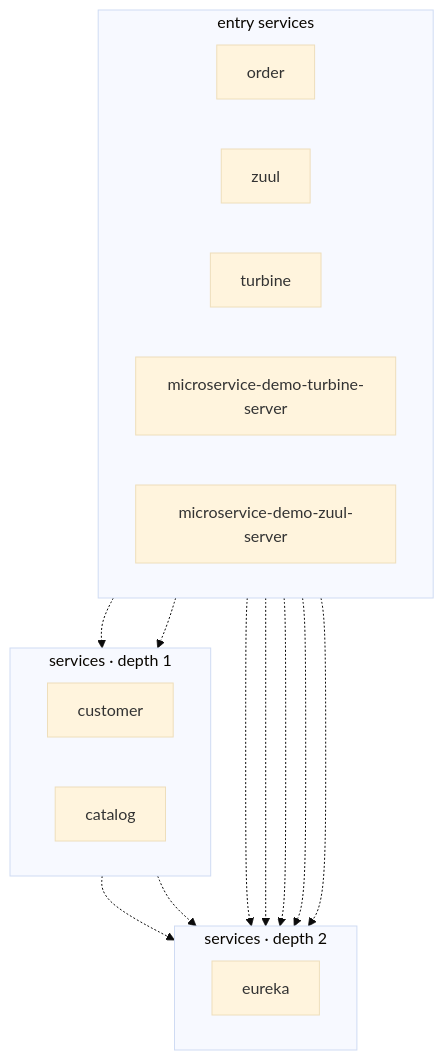
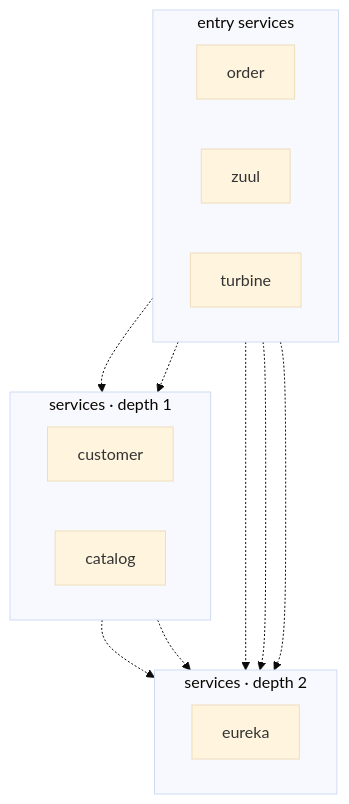
The diagram in docs/generalization/external/microservices-book.mmd (ANYuu531/ChatOps4Msa-Pipeline), drawn with Mermaid (base theme) before and after one commit. The commit also changed 105 other files, not shown here.

```diff
--- a/docs/generalization/external/microservices-book.mmd
+++ b/docs/generalization/external/microservices-book.mmd
@@ -1,30 +1,26 @@
 flowchart TB
 %% DepWeaver — microservice dependency graph
 %% solid arrow = observed at runtime (Istio) · dashed = declared in code/doc only
 %% node shape: [service] ([gateway]) [(db)] {{queue}} [/external/]
   subgraph layer0 ["entry services"]
     direction LR
     order["order"]
     zuul["zuul"]
     turbine["turbine"]
-    microservice_demo_turbine_server["microservice-demo-turbine-server"]
-    microservice_demo_zuul_server["microservice-demo-zuul-server"]
   end
   subgraph layer1 ["services · depth 1"]
     direction LR
     customer["customer"]
     catalog["catalog"]
   end
   subgraph layer2 ["services · depth 2"]
     direction LR
     eureka["eureka"]
   end
   order -.-> catalog
   order -.-> customer
   customer -.-> eureka
   catalog -.-> eureka
   order -.-> eureka
   zuul -.-> eureka
   turbine -.-> eureka
-  microservice_demo_turbine_server -.-> eureka
-  microservice_demo_zuul_server -.-> eureka
```
